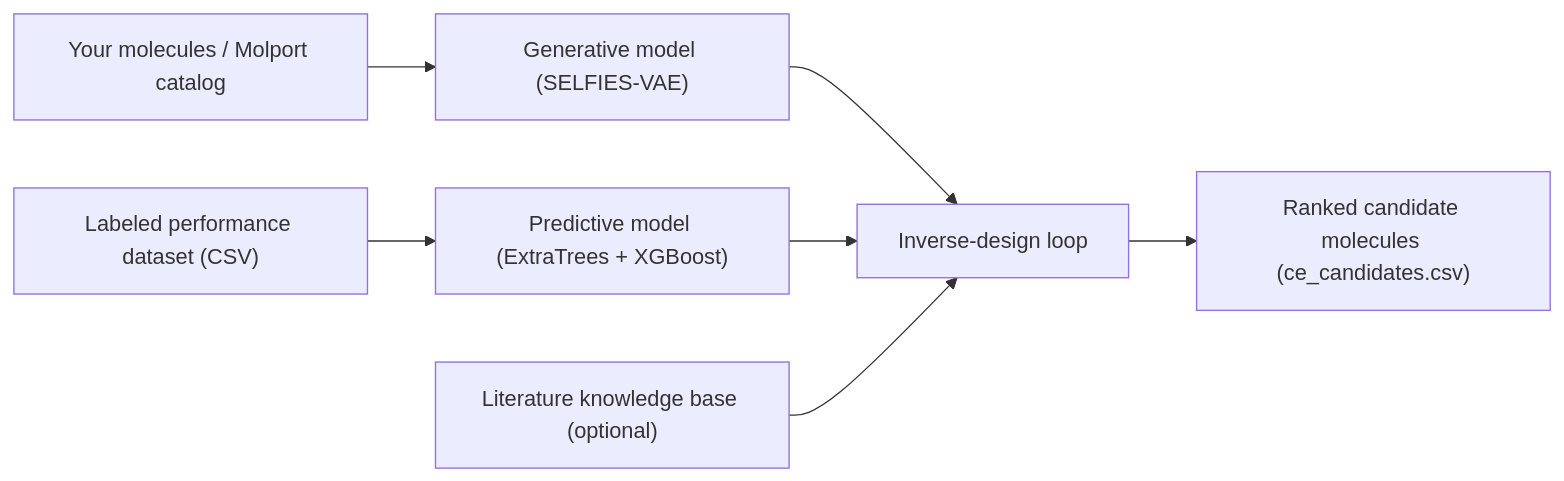
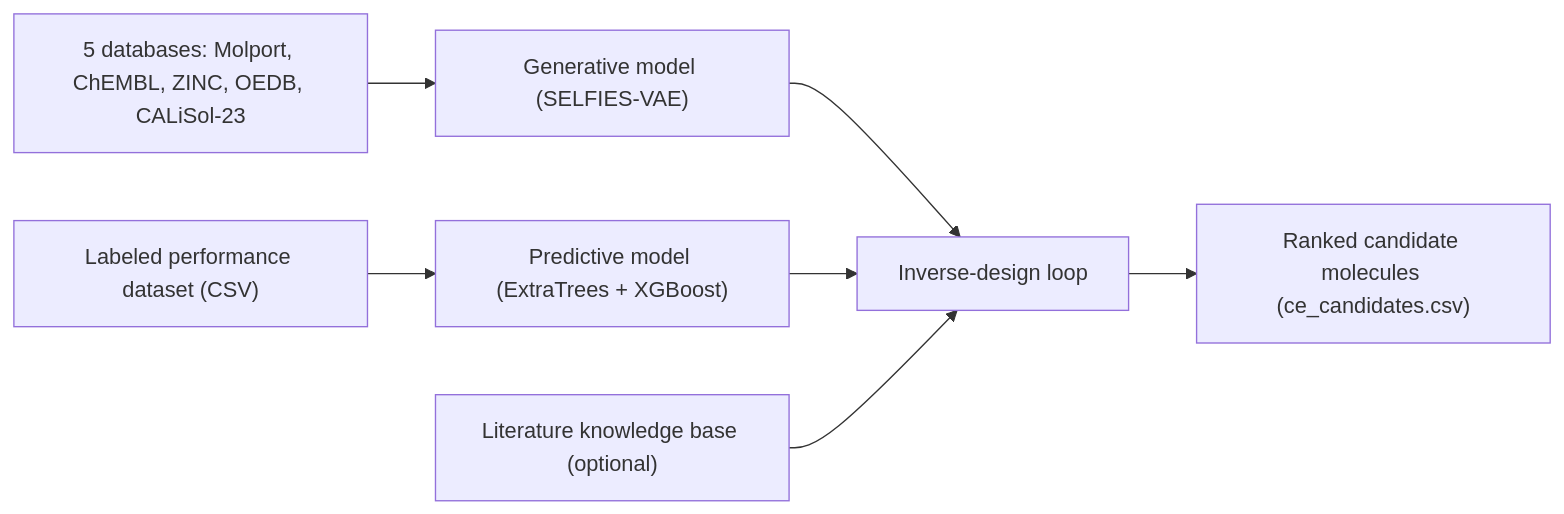
The first of 4 diagrams in README.md (NealKapadia/BatteryGen), drawn with Mermaid before and after one commit. The commit also changed other lines of this file, not shown here.

Commit message:
README: credit all five training databases, add electrolyte-design + differentiation sections, drop drug-like framing

````diff
--- a/README.md
+++ b/README.md
@@ -14,9 +16,9 @@
 ```mermaid
 flowchart LR
-    SMILES["Your molecules / Molport catalog"] --> GEN["Generative model (SELFIES-VAE)"]
+    SMILES["5 databases: Molport, ChEMBL, ZINC, OEDB, CALiSol-23"] --> GEN["Generative model (SELFIES-VAE)"]
     DATASET["Labeled performance dataset (CSV)"] --> PRED["Predictive model (ExtraTrees + XGBoost)"]
     GEN --> LOOP["Inverse-design loop"]
     PRED --> LOOP
     KB["Literature knowledge base (optional)"] --> LOOP
     LOOP --> OUT["Ranked candidate molecules (ce_candidates.csv)"]
 ```
````
